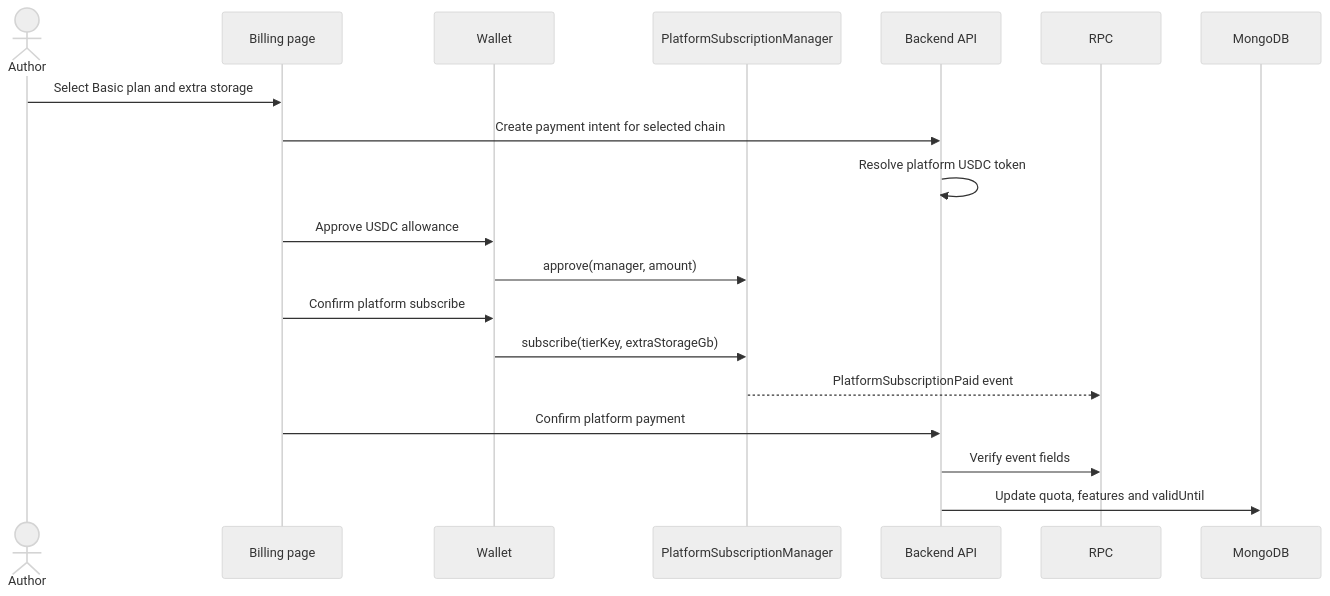
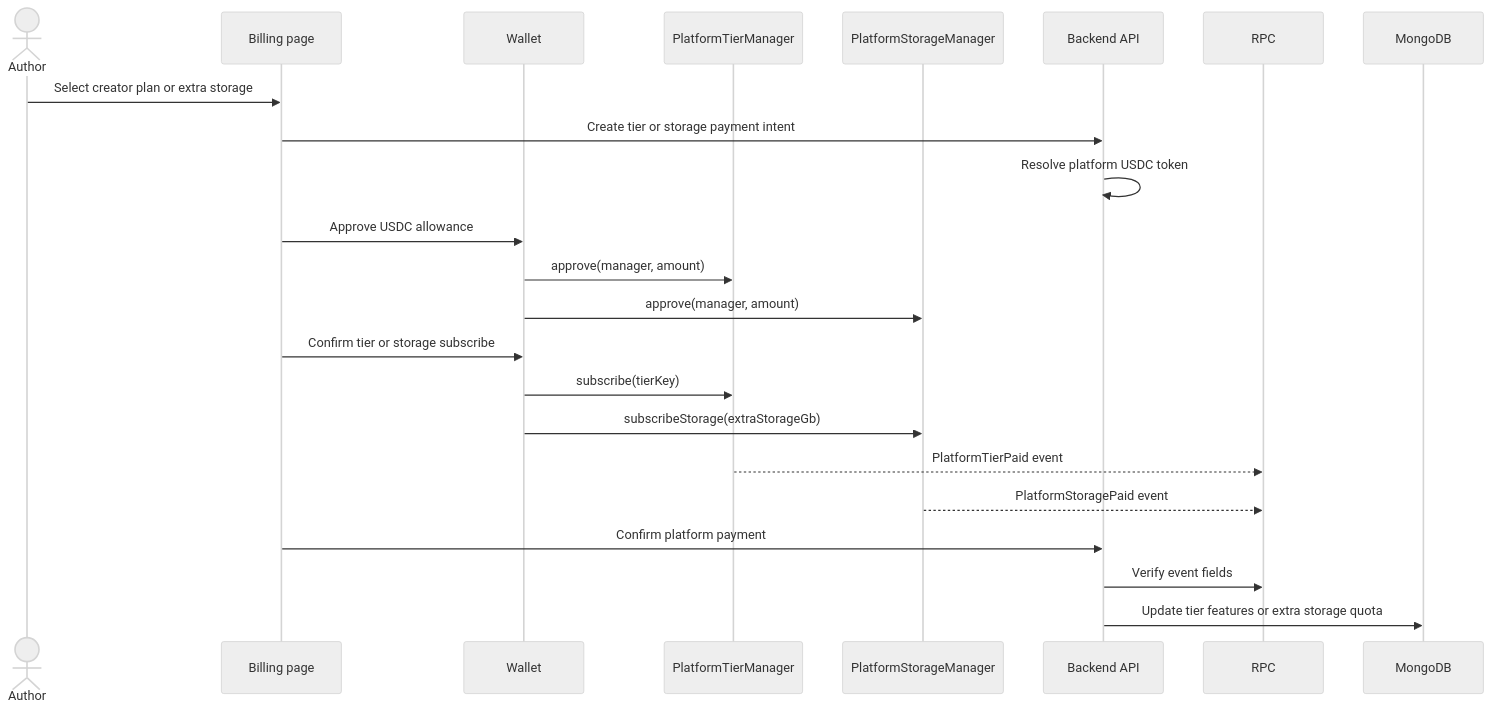
One commit to akhmetovKamil/useContent changed the third of 4 diagrams in documentation/flows/index.md. Above: the diagram before and after it, drawn with Mermaid (neutral theme). The commit also changed 36 other files, not shown here.

Commit message:
Split platform tier and storage billing contracts

````diff
--- a/documentation/flows/index.md
+++ b/documentation/flows/index.md
@@ -69,22 +69,26 @@
 ```mermaid
 sequenceDiagram
     actor Author
     participant UI as Billing page
     participant Wallet
-    participant Manager as PlatformSubscriptionManager
+    participant Tier as PlatformTierManager
+    participant Storage as PlatformStorageManager
     participant API as Backend API
     participant RPC
     participant DB as MongoDB
 
-    Author->>UI: Select Basic plan and extra storage
-    UI->>API: Create payment intent for selected chain
+    Author->>UI: Select creator plan or extra storage
+    UI->>API: Create tier or storage payment intent
     API->>API: Resolve platform USDC token
     UI->>Wallet: Approve USDC allowance
-    Wallet->>Manager: approve(manager, amount)
-    UI->>Wallet: Confirm platform subscribe
-    Wallet->>Manager: subscribe(tierKey, extraStorageGb)
-    Manager-->>RPC: PlatformSubscriptionPaid event
+    Wallet->>Tier: approve(manager, amount)
+    Wallet->>Storage: approve(manager, amount)
+    UI->>Wallet: Confirm tier or storage subscribe
+    Wallet->>Tier: subscribe(tierKey)
+    Wallet->>Storage: subscribeStorage(extraStorageGb)
+    Tier-->>RPC: PlatformTierPaid event
+    Storage-->>RPC: PlatformStoragePaid event
     UI->>API: Confirm platform payment
     API->>RPC: Verify event fields
-    API->>DB: Update quota, features and validUntil
+    API->>DB: Update tier features or extra storage quota
 ```
````
